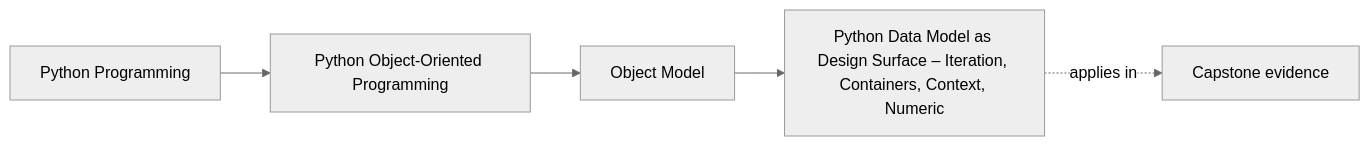
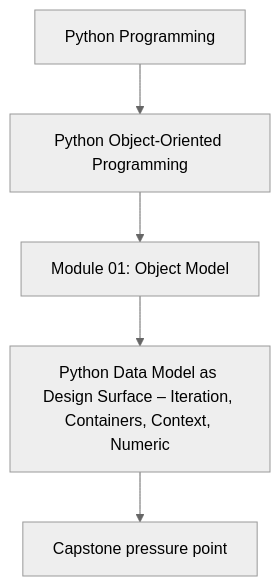
The first of 2 diagrams in programs/python-programming/python-object-oriented-programming/course-book/module-01-object-model/python-data-model-as-design-surface.md (bijux/bijux-masterclass), drawn with Mermaid (neutral theme) before and after one commit. The commit also changed other lines of this file and 107 other files, not shown here.

Commit message:
docs(python-object-oriented-programming): align concept page diagrams

````diff
--- a/programs/python-programming/python-object-oriented-programming/course-book/module-01-object-model/python-data-model-as-design-surface.md
+++ b/programs/python-programming/python-object-oriented-programming/course-book/module-01-object-model/python-data-model-as-design-surface.md
@@ -7,11 +7,7 @@
 ```mermaid
-graph LR
-  family["Python Programming"]
-  program["Python Object-Oriented Programming"]
-  section["Object Model"]
-  page["Python Data Model as Design Surface – Iteration, Containers, Context, Numeric"]
-  capstone["Capstone evidence"]
-
-  family --> program --> section --> page
-  page -.applies in.-> capstone
+flowchart TD
+  family["Python Programming"] --> program["Python Object-Oriented Programming"]
+  program --> module["Module 01: Object Model"]
+  module --> concept["Python Data Model as Design Surface – Iteration, Containers, Context, Numeric"]
+  concept --> capstone["Capstone pressure point"]
 ```
````
